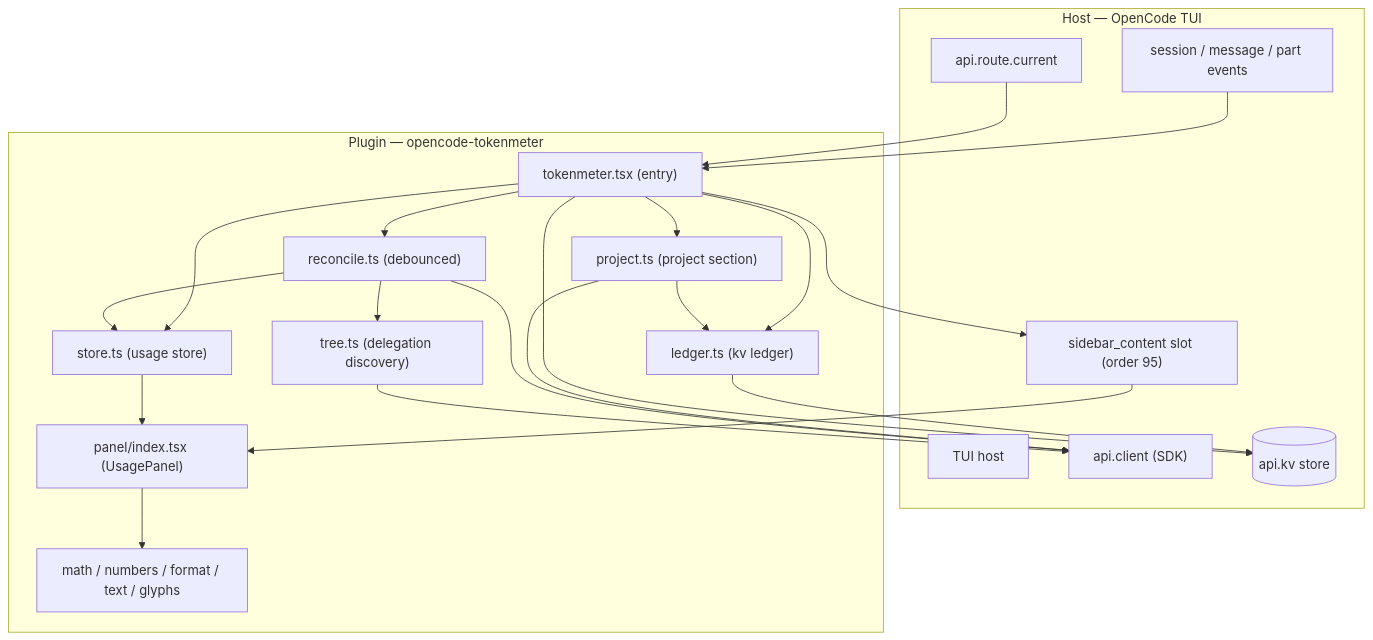
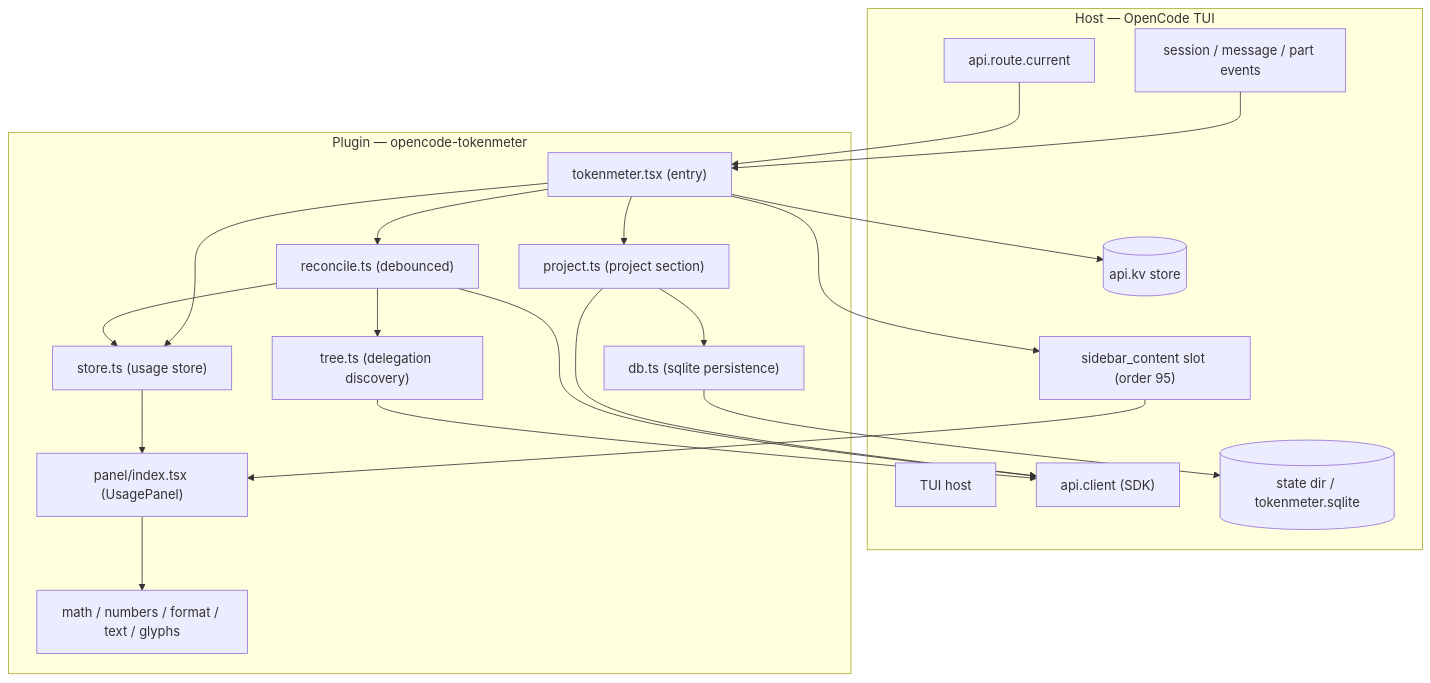
Before and after one commit to jonasotoaguilar/opencode-tokenmeter: the first of 3 diagrams in ARCHITECTURE.md, drawn with Mermaid. The commit also changed other lines of this file and 5 other files, not shown here.

Commit message:
docs: align project guides with SQLite persistence and OIDC release

````diff
--- a/ARCHITECTURE.md
+++ b/ARCHITECTURE.md
@@ -23,41 +23,41 @@
 ```mermaid
 graph TD
     subgraph "Host — OpenCode TUI"
         Host["TUI host"]
         Events["session / message / part events"]
         Route["api.route.current"]
         Client["api.client (SDK)"]
         Kv[("api.kv store")]
+        State[("state dir / tokenmeter.sqlite")]
         Slot["sidebar_content slot (order 95)"]
     end
 
     subgraph "Plugin — opencode-tokenmeter"
         Entry["tokenmeter.tsx (entry)"]
         Store["store.ts (usage store)"]
         Reconcile["reconcile.ts (debounced)"]
         Tree["tree.ts (delegation discovery)"]
         Project["project.ts (project section)"]
-        Ledger["ledger.ts (kv ledger)"]
+        Db["db.ts (sqlite persistence)"]
         Panel["panel/index.tsx (UsagePanel)"]
         MathFmt["math / numbers / format / text / glyphs"]
     end
 
     Events --> Entry
     Route --> Entry
     Entry --> Store
     Entry --> Reconcile
     Entry --> Project
-    Entry --> Ledger
+    Project --> Db
     Reconcile --> Tree
     Reconcile --> Store
-    Project --> Ledger
     Project --> Client
     Reconcile --> Client
     Tree --> Client
     Store --> Panel
-    Ledger --> Kv
+    Db --> State
     Entry --> Kv
     Entry --> Slot
     Slot --> Panel
     Panel --> MathFmt
 ```
````
